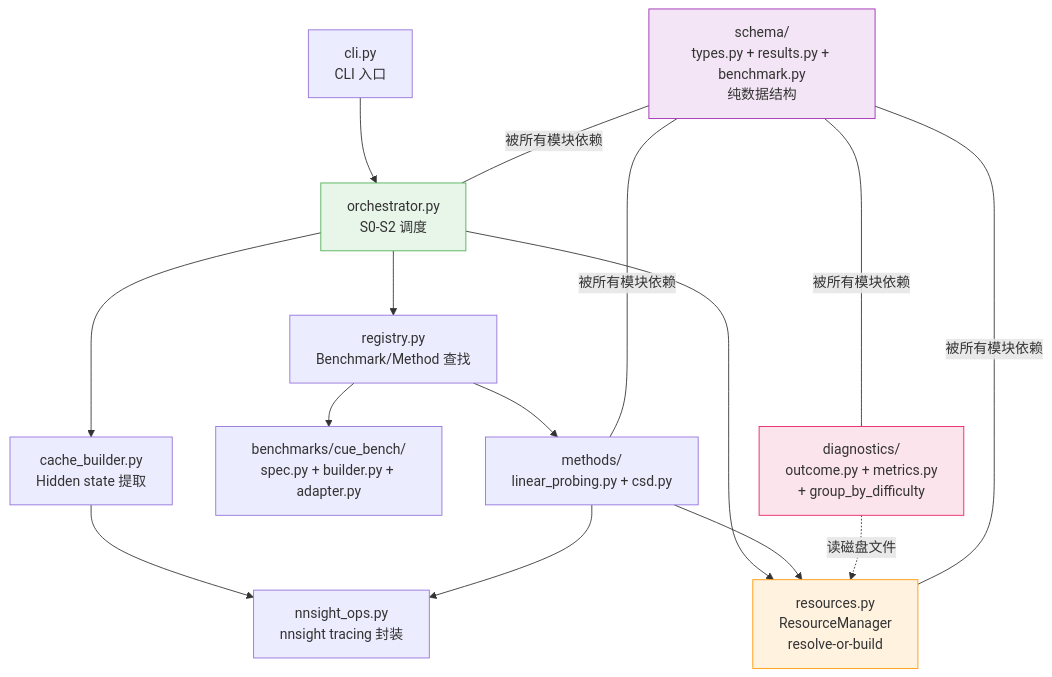
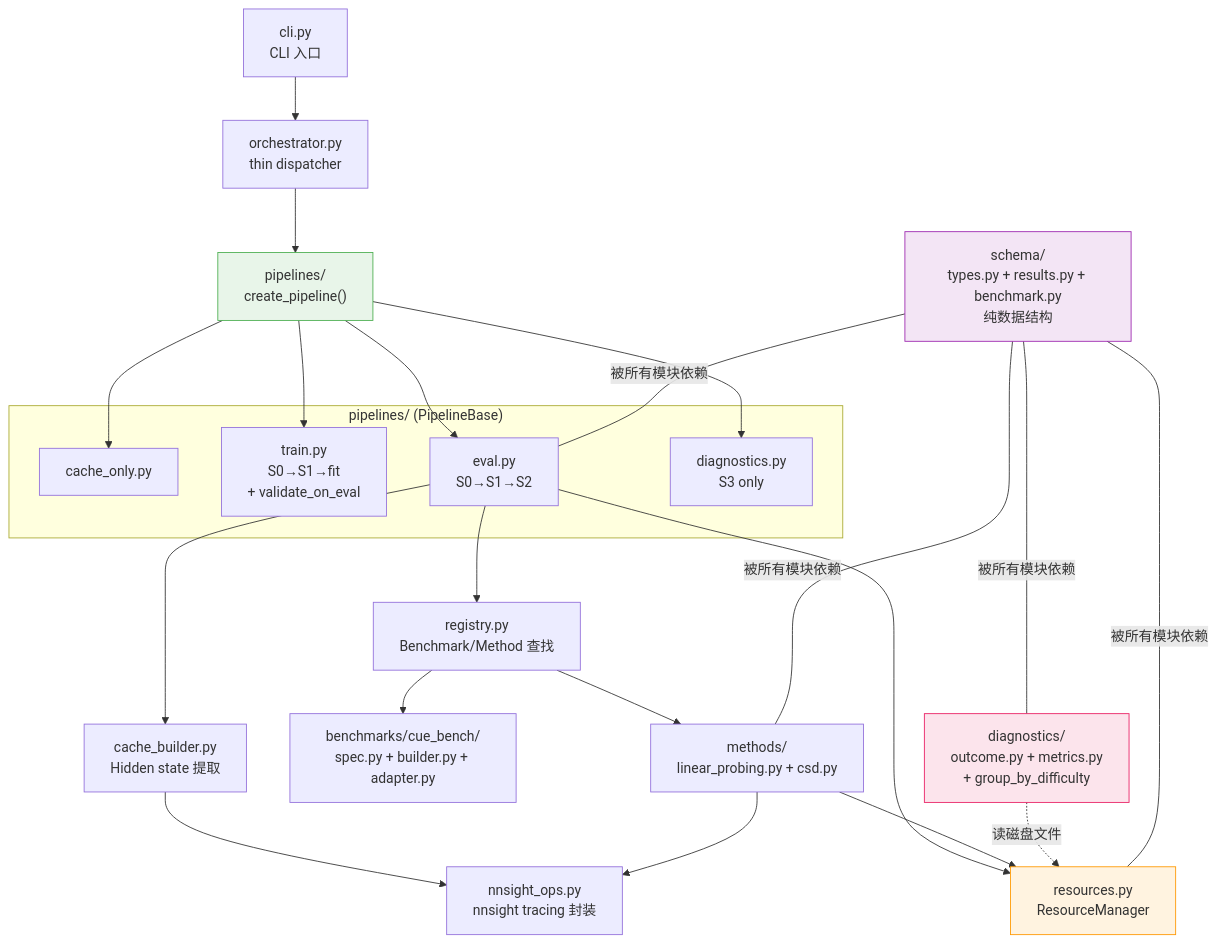
The fourth of 10 diagrams in docs/project_overview.md (euyis1019/llm-brewing), drawn with Mermaid before and after one commit. The commit also changed other lines of this file and 2 other files, not shown here.

Commit message:
Update docs for pipeline factory architecture and experiment readiness
- project_overview.md: rewrite module diagram for pipeline factory
  pattern, update probing lifecycle, remove resolved known issue #9
- running_modes.md: add pipeline architecture notes, YAML examples for
  train_probing, validate_on_eval docs, dry run section
- cuebench_data.md: add config listing, data loading priority, fixture
  and experiment config sections

````diff
--- a/docs/project_overview.md
+++ b/docs/project_overview.md
@@ -87,26 +89,39 @@
 ```mermaid
 graph TD
-    CLI["cli.py<br/>CLI 入口"] --> Orch["orchestrator.py<br/>S0-S2 调度"]
-    Orch --> Reg["registry.py<br/>Benchmark/Method 查找"]
-    Orch --> RM["resources.py<br/>ResourceManager<br/>resolve-or-build"]
-    Orch --> CB["cache_builder.py<br/>Hidden state 提取"]
+    CLI["cli.py<br/>CLI 入口"] --> Orch["orchestrator.py<br/>thin dispatcher"]
+    Orch --> PipeFactory["pipelines/<br/>create_pipeline()"]
+    PipeFactory --> CachePipe["cache_only.py"]
+    PipeFactory --> TrainPipe["train.py<br/>S0→S1→fit<br/>+ validate_on_eval"]
+    PipeFactory --> EvalPipe["eval.py<br/>S0→S1→S2"]
+    PipeFactory --> DiagPipe["diagnostics.py<br/>S3 only"]
+
+    subgraph "pipelines/ (PipelineBase)"
+        CachePipe
+        TrainPipe
+        EvalPipe
+        DiagPipe
+    end
+
+    EvalPipe --> Reg["registry.py<br/>Benchmark/Method 查找"]
+    EvalPipe --> RM["resources.py<br/>ResourceManager"]
+    EvalPipe --> CB["cache_builder.py<br/>Hidden state 提取"]
 
     Reg --> BenchSpec["benchmarks/cue_bench/<br/>spec.py + builder.py + adapter.py"]
     Reg --> Methods["methods/<br/>linear_probing.py + csd.py"]
 
     CB --> NNOps["nnsight_ops.py<br/>nnsight tracing 封装"]
     Methods --> NNOps
     Methods --> RM
 
     DiagMod["diagnostics/<br/>outcome.py + metrics.py<br/>+ group_by_difficulty"] -.->|"读磁盘文件"| RM
 
-    Schema["schema/<br/>types.py + results.py + benchmark.py<br/>纯数据结构"] ---|"被所有模块依赖"| Orch
+    Schema["schema/<br/>types.py + results.py + benchmark.py<br/>纯数据结构"] ---|"被所有模块依赖"| EvalPipe
     Schema ---|"被所有模块依赖"| RM
     Schema ---|"被所有模块依赖"| Methods
     Schema ---|"被所有模块依赖"| DiagMod
 
     style Schema fill:#f3e5f5,stroke:#9c27b0
-    style Orch fill:#e8f5e9,stroke:#4caf50
+    style PipeFactory fill:#e8f5e9,stroke:#4caf50
     style RM fill:#fff3e0,stroke:#ff9800
     style DiagMod fill:#fce4ec,stroke:#e91e63
 ```
````
